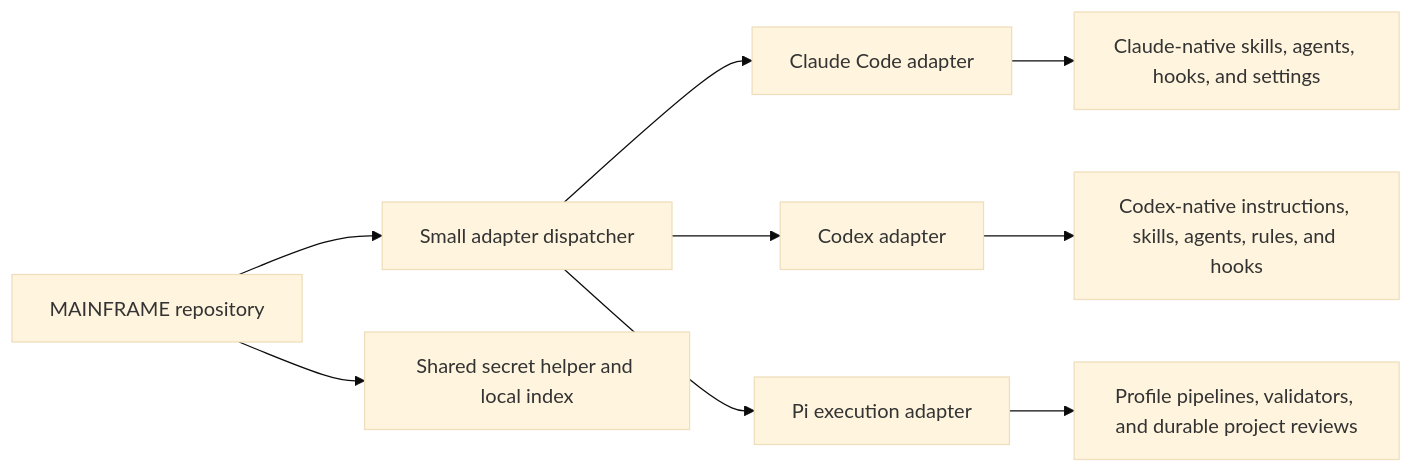
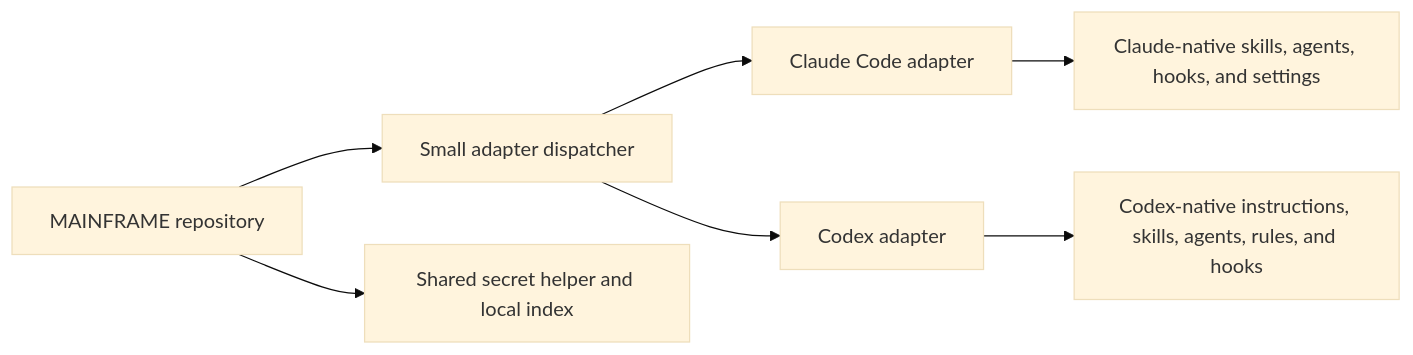
One commit to CATWILLgh/MAINFRAME changed the diagram in README.md. Above: the diagram before and after it, drawn with Mermaid (base theme). The commit also changed other lines of this file and 90 other files, not shown here.

Commit message:
refactor(pi)!: remove experimental execution adapter

````diff
--- a/README.md
+++ b/README.md
@@ -52,11 +51,9 @@
 ```mermaid
 flowchart LR
     R["MAINFRAME repository"] --> D["Small adapter dispatcher"]
     D --> C["Claude Code adapter"]
     D --> X["Codex adapter"]
-    D --> I["Pi execution adapter"]
     C --> P["Claude-native skills, agents, hooks, and settings"]
     X --> B["Codex-native instructions, skills, agents, rules, and hooks"]
-    I --> W["Profile pipelines, validators, and durable project reviews"]
     R --> S["Shared secret helper and local index"]
 ```
````
